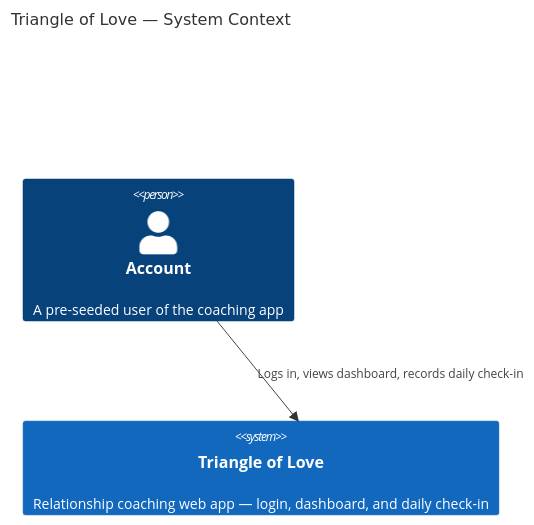
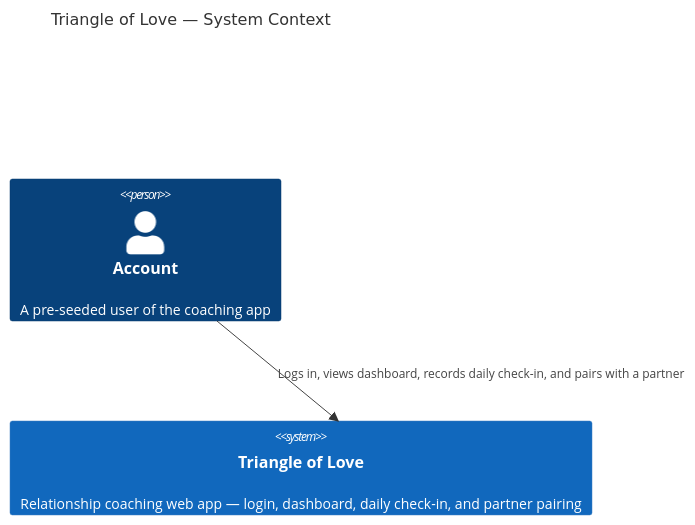
One commit to co0p/triangleoflove changed the first of 3 diagrams in docs/architecture.md. Above: the diagram before and after it, drawn with Mermaid. The commit also changed other lines of this file and 25 other files, not shown here.

````diff
--- a/docs/architecture.md
+++ b/docs/architecture.md
@@ -5,7 +5,7 @@
 ```mermaid
 C4Context
     title Triangle of Love — System Context
     Person(account, "Account", "A pre-seeded user of the coaching app")
-    System(tol, "Triangle of Love", "Relationship coaching web app — login, dashboard, and daily check-in")
-    Rel(account, tol, "Logs in, views dashboard, records daily check-in")
+    System(tol, "Triangle of Love", "Relationship coaching web app — login, dashboard, daily check-in, and partner pairing")
+    Rel(account, tol, "Logs in, views dashboard, records daily check-in, and pairs with a partner")
 ```
````
